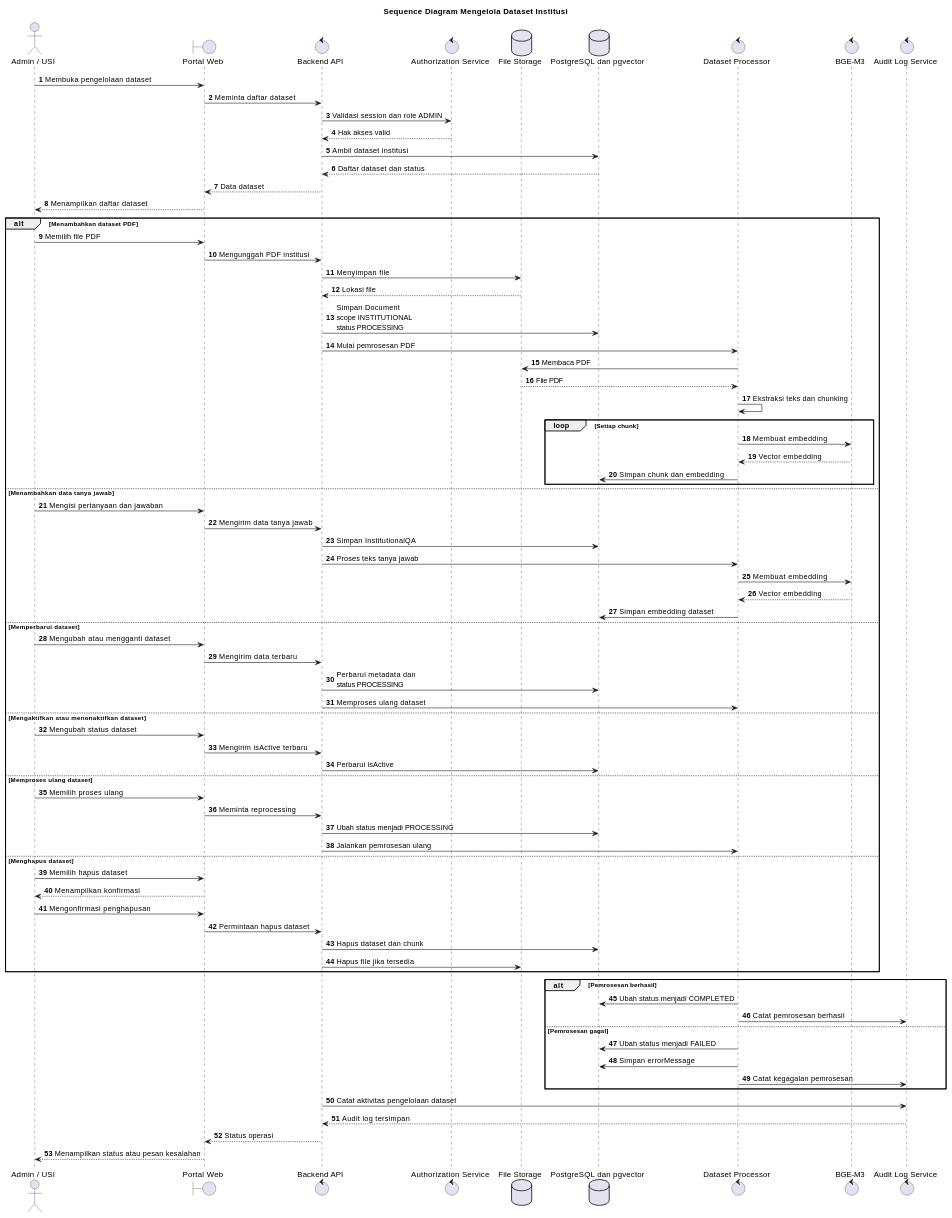
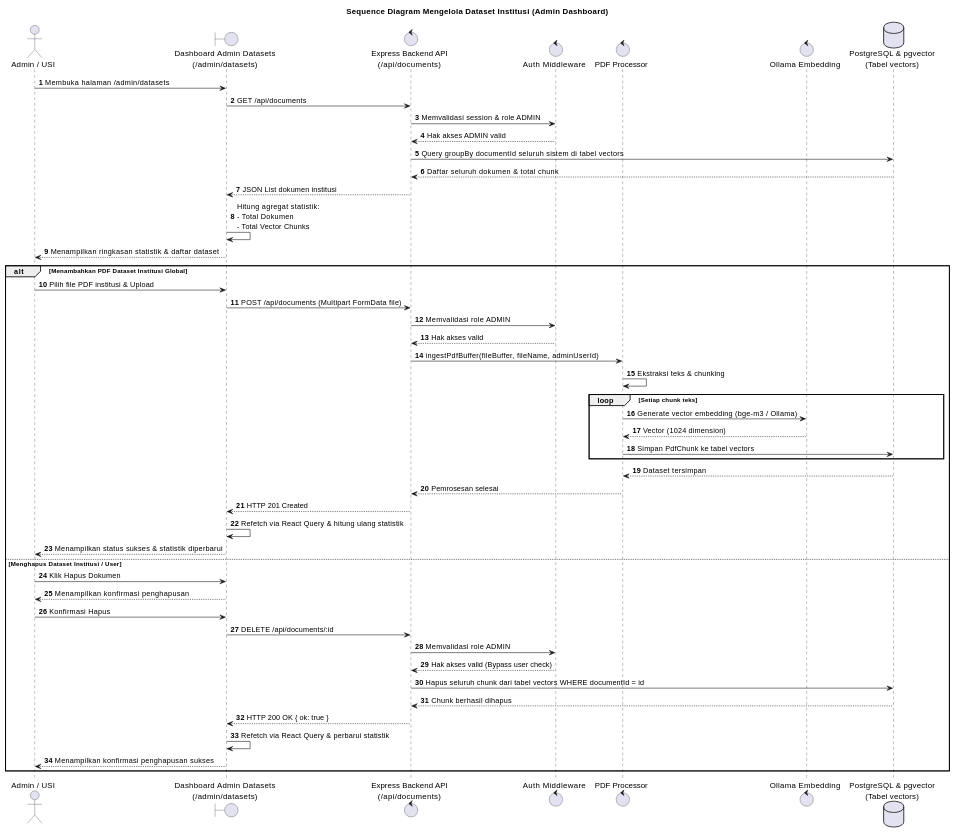
Before and after one commit to Badru9/chatbot: the diagram in uml/manage_dataset_sequence.md, drawn with PlantUML. The commit also changed other lines of this file and 15 other files, not shown here.

Commit message:
docs: update UML diagrams and feature documentation to align with current architecture

````diff
--- a/uml/manage_dataset_sequence.md
+++ b/uml/manage_dataset_sequence.md
@@ -5,106 +5,64 @@
 ```plantuml
 @startuml
-title Sequence Diagram Mengelola Dataset Institusi
+title Sequence Diagram Mengelola Dataset Institusi (Admin Dashboard)
 
 autonumber
 skinparam shadowing false
 
 actor "Admin / USI" as Admin
-boundary "Portal Web" as Web
-control "Backend API" as API
-control "Authorization Service" as Auth
-database "File Storage" as Storage
-database "PostgreSQL dan pgvector" as DB
-control "Dataset Processor" as Processor
-control "BGE-M3" as Embedding
-control "Audit Log Service" as Log
+boundary "Dashboard Admin Datasets\n(/admin/datasets)" as UI
+control "Express Backend API\n(/api/documents)" as API
+control "Auth Middleware" as Auth
+control "PDF Processor" as Processor
+control "Ollama Embedding" as Embedding
+database "PostgreSQL & pgvector\n(Tabel vectors)" as DB
 
-Admin -> Web : Membuka pengelolaan dataset
-Web -> API : Meminta daftar dataset
-API -> Auth : Validasi session dan role ADMIN
-Auth --> API : Hak akses valid
-API -> DB : Ambil dataset institusi
-DB --> API : Daftar dataset dan status
-API --> Web : Data dataset
-Web --> Admin : Menampilkan daftar dataset
+Admin -> UI : Membuka halaman /admin/datasets
+UI -> API : GET /api/documents
+API -> Auth : Memvalidasi session & role ADMIN
+Auth --> API : Hak akses ADMIN valid
+API -> DB : Query groupBy documentId seluruh sistem di tabel vectors
+DB --> API : Daftar seluruh dokumen & total chunk
+API --> UI : JSON List dokumen institusi
+UI -> UI : Hitung agregat statistik:\n- Total Dokumen\n- Total Vector Chunks
+UI --> Admin : Menampilkan ringkasan statistik & daftar dataset
 
-alt Menambahkan dataset PDF
+alt Menambahkan PDF Dataset Institusi Global
 
-    Admin -> Web : Memilih file PDF
-    Web -> API : Mengunggah PDF institusi
-    API -> Storage : Menyimpan file
-    Storage --> API : Lokasi file
-    API -> DB : Simpan Document\nscope INSTITUTIONAL\nstatus PROCESSING
-    API -> Processor : Mulai pemrosesan PDF
+    Admin -> UI : Pilih file PDF institusi & Upload
+    UI -> API : POST /api/documents (Multipart FormData file)
+    API -> Auth : Memvalidasi role ADMIN
+    Auth --> API : Hak akses valid
 
-    Processor -> Storage : Membaca PDF
-    Storage --> Processor : File PDF
-    Processor -> Processor : Ekstraksi teks dan chunking
-
-    loop Setiap chunk
-        Processor -> Embedding : Membuat embedding
-        Embedding --> Processor : Vector embedding
-        Processor -> DB : Simpan chunk dan embedding
+    API -> Processor : ingestPdfBuffer(fileBuffer, fileName, adminUserId)
+    Processor -> Processor : Ekstraksi teks & chunking
+    loop Setiap chunk teks
+        Processor -> Embedding : Generate vector embedding (bge-m3 / Ollama)
+        Embedding --> Processor : Vector (1024 dimension)
+        Processor -> DB : Simpan PdfChunk ke tabel vectors
     end
 
-else Menambahkan data tanya jawab
+    DB --> Processor : Dataset tersimpan
+    Processor --> API : Pemrosesan selesai
+    API --> UI : HTTP 201 Created
+    UI -> UI : Refetch via React Query & hitung ulang statistik
+    UI --> Admin : Menampilkan status sukses & statistik diperbarui
 
-    Admin -> Web : Mengisi pertanyaan dan jawaban
-    Web -> API : Mengirim data tanya jawab
-    API -> DB : Simpan InstitutionalQA
-    API -> Processor : Proses teks tanya jawab
-    Processor -> Embedding : Membuat embedding
-    Embedding --> Processor : Vector embedding
-    Processor -> DB : Simpan embedding dataset
+else Menghapus Dataset Institusi / User
 
-else Memperbarui dataset
-
-    Admin -> Web : Mengubah atau mengganti dataset
-    Web -> API : Mengirim data terbaru
-    API -> DB : Perbarui metadata dan\nstatus PROCESSING
-    API -> Processor : Memproses ulang dataset
-
-else Mengaktifkan atau menonaktifkan dataset
-
-    Admin -> Web : Mengubah status dataset
-    Web -> API : Mengirim isActive terbaru
-    API -> DB : Perbarui isActive
-
-else Memproses ulang dataset
-
-    Admin -> Web : Memilih proses ulang
-    Web -> API : Meminta reprocessing
-    API -> DB : Ubah status menjadi PROCESSING
-    API -> Processor : Jalankan pemrosesan ulang
-
-else Menghapus dataset
-
-    Admin -> Web : Memilih hapus dataset
-    Web --> Admin : Menampilkan konfirmasi
-    Admin -> Web : Mengonfirmasi penghapusan
-    Web -> API : Permintaan hapus dataset
-    API -> DB : Hapus dataset dan chunk
-    API -> Storage : Hapus file jika tersedia
+    Admin -> UI : Klik Hapus Dokumen
+    UI --> Admin : Menampilkan konfirmasi penghapusan
+    Admin -> UI : Konfirmasi Hapus
+    UI -> API : DELETE /api/documents/:id
+    API -> Auth : Memvalidasi role ADMIN
+    Auth --> API : Hak akses valid (Bypass user check)
+    API -> DB : Hapus seluruh chunk dari tabel vectors WHERE documentId = id
+    DB --> API : Chunk berhasil dihapus
+    API --> UI : HTTP 200 OK { ok: true }
+    UI -> UI : Refetch via React Query & perbarui statistik
+    UI --> Admin : Menampilkan konfirmasi penghapusan sukses
 
 end
 
-alt Pemrosesan berhasil
-
-    Processor -> DB : Ubah status menjadi COMPLETED
-    Processor -> Log : Catat pemrosesan berhasil
-
-else Pemrosesan gagal
-
-    Processor -> DB : Ubah status menjadi FAILED
-    Processor -> DB : Simpan errorMessage
-    Processor -> Log : Catat kegagalan pemrosesan
-
-end
-
-API -> Log : Catat aktivitas pengelolaan dataset
-Log --> API : Audit log tersimpan
-API --> Web : Status operasi
-Web --> Admin : Menampilkan status atau pesan kesalahan
-
 @enduml
 ```
````
